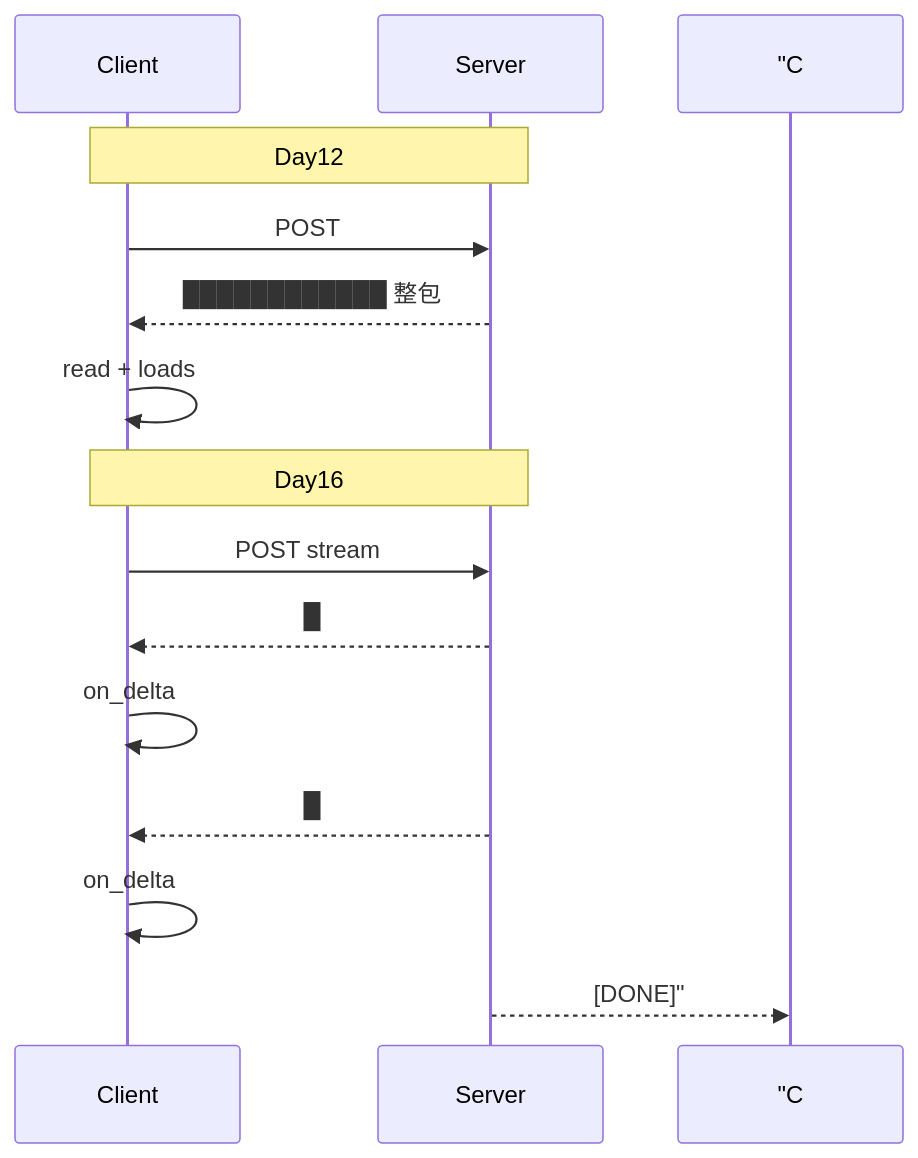
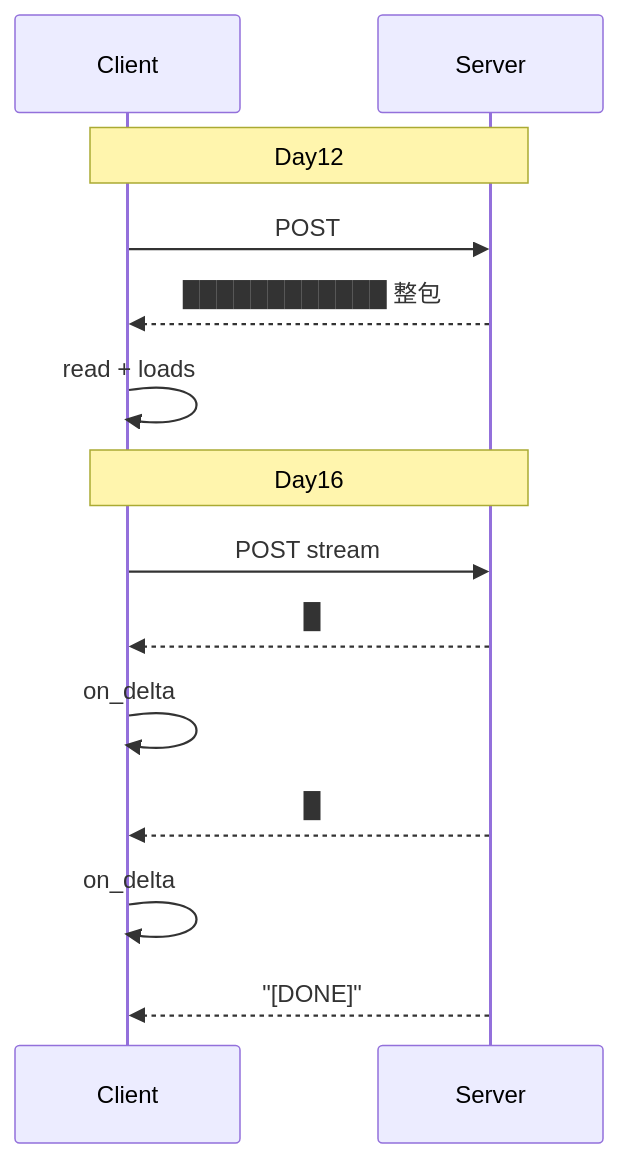
Before and after one commit to ab6539763/70_days_course_plus: the first of 2 diagrams in course/day16/18_与Day12阻塞调用对照表.md, drawn with Mermaid. The commit also changed 80 other files, not shown here.

First line of the commit message:
fix(course): 修复 Mermaid 图表渲染报错 + 同步嵌入代码快照

````diff
--- a/course/day16/18_与Day12阻塞调用对照表.md
+++ b/course/day16/18_与Day12阻塞调用对照表.md
@@ -72,18 +72,18 @@
 ```mermaid
 sequenceDiagram
     participant C as Client
     participant S as Server
 
     Note over C,S: Day12
     C->>S: POST
     S-->>C: ████████████ 整包
     C->>C: read + loads
 
     Note over C,S: Day16
     C->>S: POST stream
     S-->>C: █
     C->>C: on_delta
     S-->>C: █
     C->>C: on_delta
-    S-->> "C: [DONE]"
+    S-->>C: "[DONE]"
 ```
````
